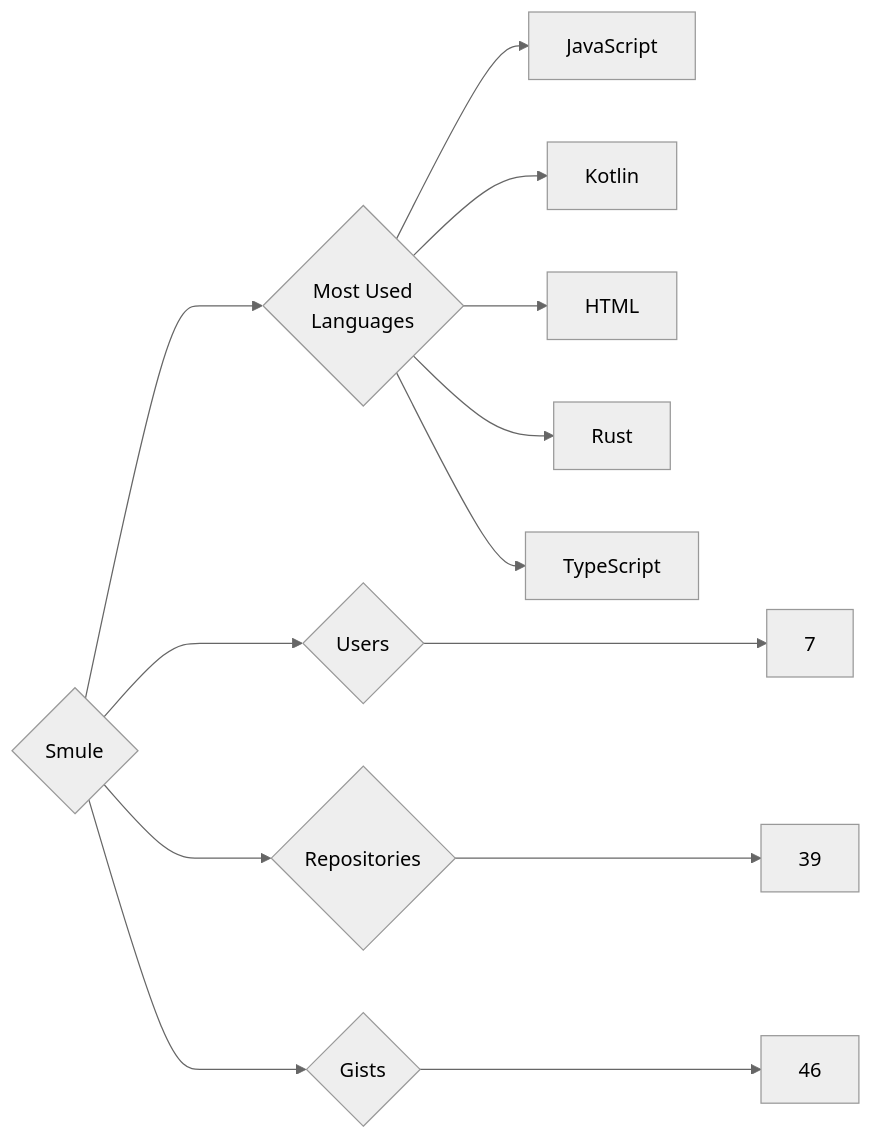
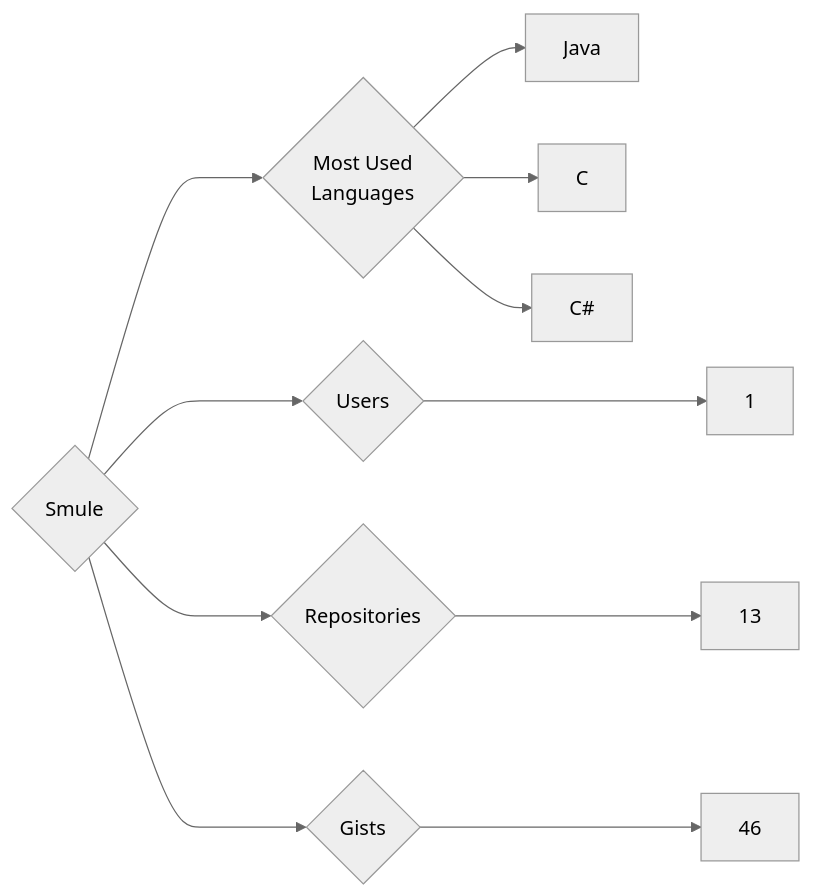
Before and after one commit to trickest/insiders: the diagram in targets/Smule/README.md, drawn with Mermaid (neutral theme). The commit also changed 964 other files, not shown here.

````diff
--- a/targets/Smule/README.md
+++ b/targets/Smule/README.md
@@ -3,13 +3,11 @@
 ```mermaid
 graph LR
 COMPANY_NAME{Smule}
-COMPANY_NAME ---> U{Users} ---> UN[7]
-COMPANY_NAME ---> R{Repositories} ---> RN[39]
+COMPANY_NAME ---> U{Users} ---> UN[1]
+COMPANY_NAME ---> R{Repositories} ---> RN[13]
 COMPANY_NAME ---> G{Gists} ---> GN[46]
 COMPANY_NAME ---> ML{Most Used<br>Languages}
-ML --> JavaScript[JavaScript]
-ML --> Kotlin[Kotlin]
-ML --> HTML[HTML]
-ML --> Rust[Rust]
-ML --> TypeScript[TypeScript]
+ML --> Java[Java]
+ML --> C[C]
+ML --> C#[C#]
 ```
````
